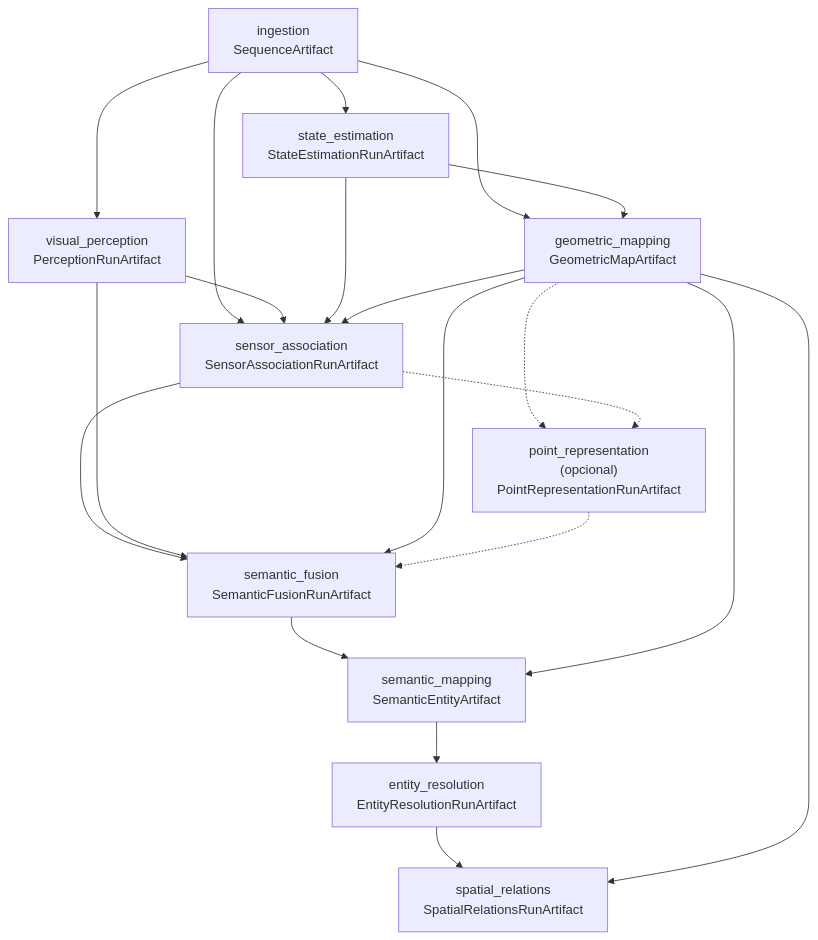
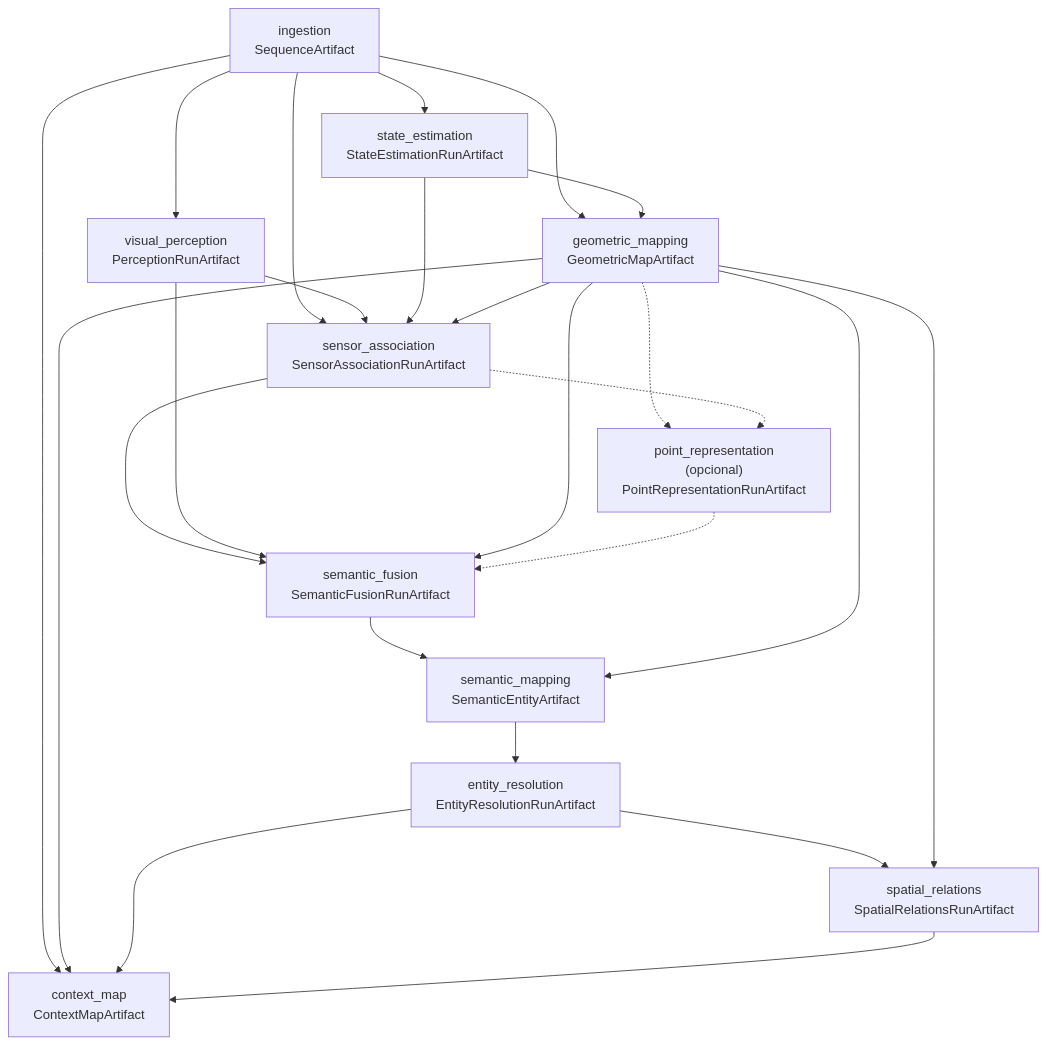
One commit to Alexandre-Tortoza/contextmap2 changed the diagram in src/contextmap/runtime/docs/pipeline.md. Above: the diagram before and after it, drawn with Mermaid. The commit also changed other lines of this file and 27 other files, not shown here.

````diff
--- a/src/contextmap/runtime/docs/pipeline.md
+++ b/src/contextmap/runtime/docs/pipeline.md
@@ -9,33 +9,38 @@
 ```mermaid
 flowchart TD
     ING["ingestion<br/>SequenceArtifact"]
     VP["visual_perception<br/>PerceptionRunArtifact"]
     ST["state_estimation<br/>StateEstimationRunArtifact"]
     GM["geometric_mapping<br/>GeometricMapArtifact"]
     SA["sensor_association<br/>SensorAssociationRunArtifact"]
     PR["point_representation<br/>(opcional)<br/>PointRepresentationRunArtifact"]
     SF["semantic_fusion<br/>SemanticFusionRunArtifact"]
     SM["semantic_mapping<br/>SemanticEntityArtifact"]
     ER["entity_resolution<br/>EntityResolutionRunArtifact"]
     SR["spatial_relations<br/>SpatialRelationsRunArtifact"]
+    CM["context_map<br/>ContextMapArtifact"]
 
     ING --> VP
     ING --> ST
     ING --> GM
     ST --> GM
     ING --> SA
     VP --> SA
     ST --> SA
     GM --> SA
     GM -.-> PR
     SA -.-> PR
     SA --> SF
     VP --> SF
     GM --> SF
     PR -.-> SF
     SF --> SM
     GM --> SM
     SM --> ER
     ER --> SR
     GM --> SR
+    ING --> CM
+    GM --> CM
+    ER --> CM
+    SR --> CM
 ```
````
